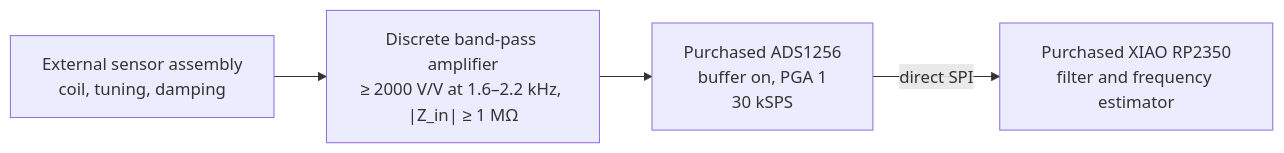
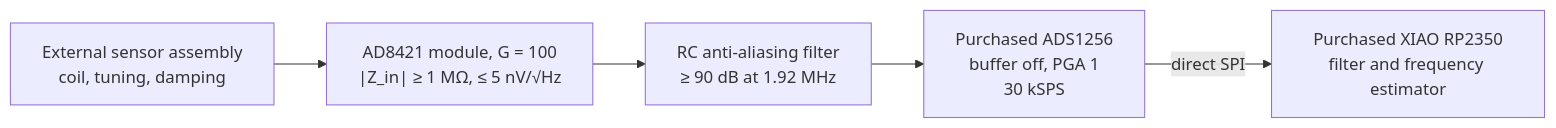
One commit to ethanewer/ece455 changed the first of 2 diagrams in docs/receiver-estimator-slides.md. Above: the diagram before and after it, drawn with Mermaid. The commit also changed other lines of this file and 33 other files, not shown here.

````diff
--- a/docs/receiver-estimator-slides.md
+++ b/docs/receiver-estimator-slides.md
@@ -3,6 +3,7 @@
 ```mermaid
 flowchart LR
-  ext["External sensor assembly<br/>coil, tuning, damping"] --> amp["Discrete band-pass amplifier<br/>≥ 2000 V/V at 1.6–2.2 kHz, |Z_in| ≥ 1 MΩ"]
-  amp --> adc["Purchased ADS1256<br/>buffer on, PGA 1<br/>30 kSPS"]
+  ext["External sensor assembly<br/>coil, tuning, damping"] --> amp["AD8421 module, G = 100<br/>|Z_in| ≥ 1 MΩ, ≤ 5 nV/√Hz"]
+  amp --> aaf["RC anti-aliasing filter<br/>≥ 90 dB at 1.92 MHz"]
+  aaf --> adc["Purchased ADS1256<br/>buffer off, PGA 1<br/>30 kSPS"]
   adc -->|direct SPI| xiao["Purchased XIAO RP2350<br/>filter and frequency estimator"]
 ```
````
